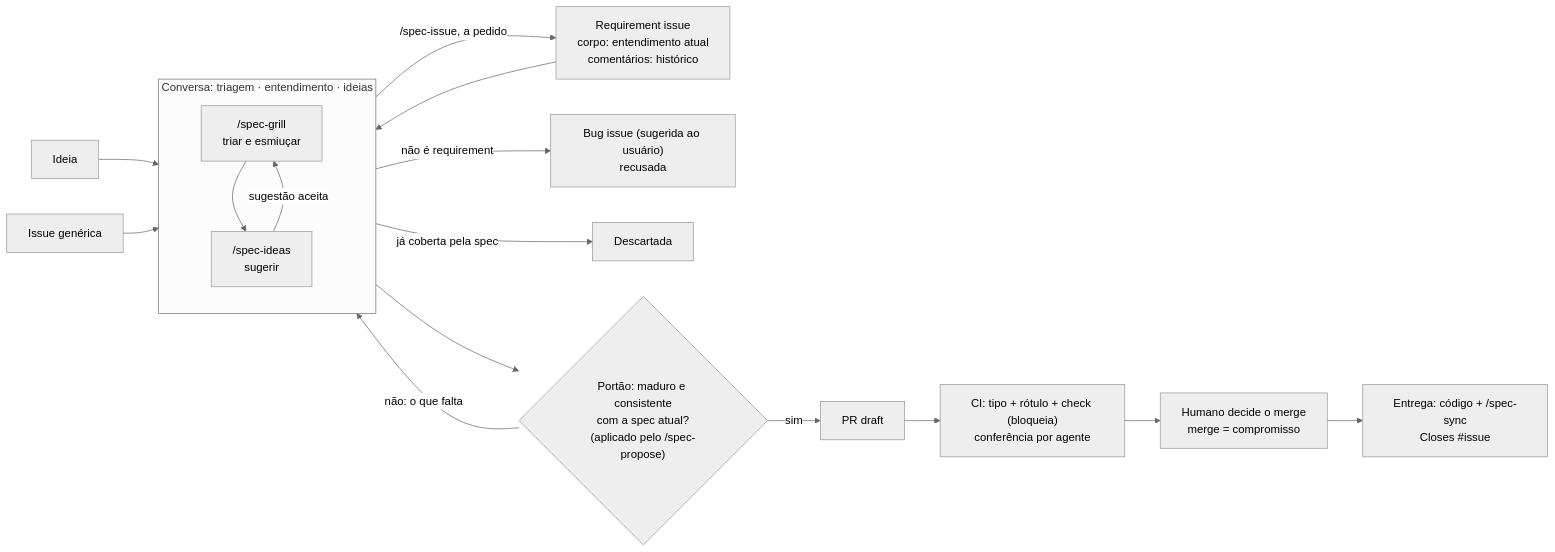
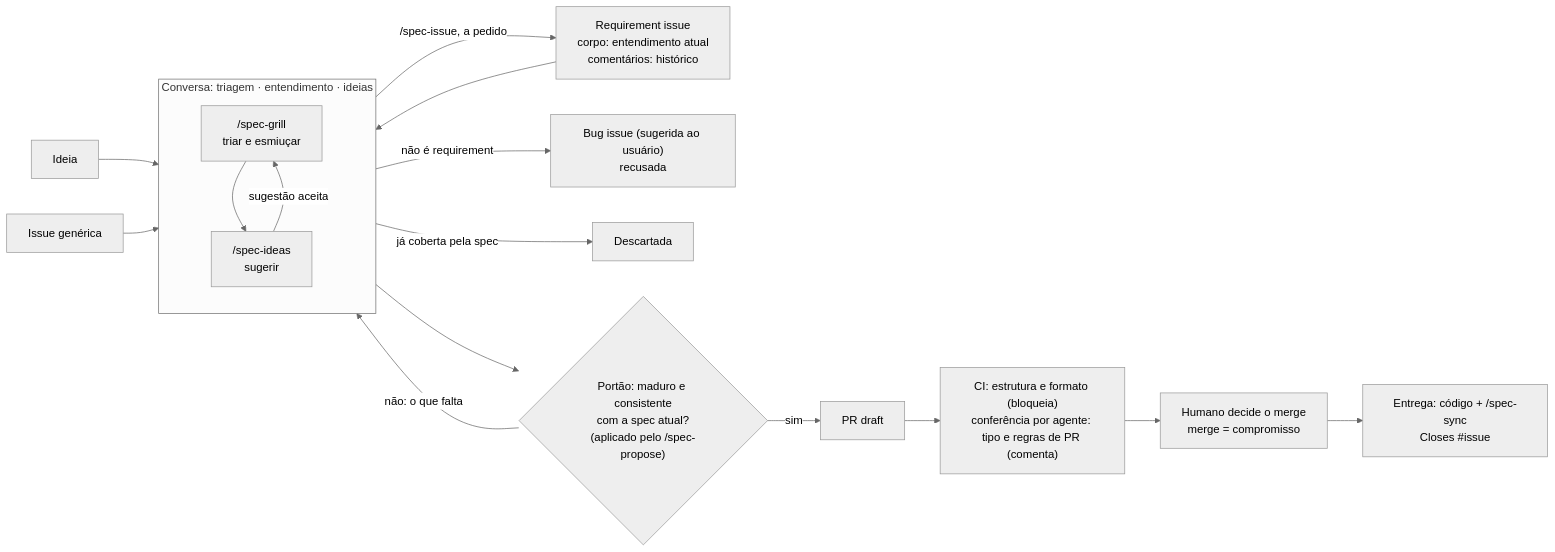
One commit to useful-toys/Tabularium changed the third of 4 diagrams in tabularium-docs/spec-flow.md. Above: the diagram before and after it, drawn with Mermaid (neutral theme). The commit also changed other lines of this file and 25 other files, not shown here.

Commit message:
Definição do tabularium: check do CI só de estrutura e formato, tipo julgado pela conferência (#24)

````diff
--- a/tabularium-docs/spec-flow.md
+++ b/tabularium-docs/spec-flow.md
@@ -212,17 +197,17 @@
 ```mermaid
 flowchart LR
   ID["Ideia"] --> C
   IS["Issue genérica"] --> C
   RI["Requirement issue<br/>corpo: entendimento atual<br/>comentários: histórico"] --> C
   subgraph C["Conversa: triagem · entendimento · ideias"]
     G1["/spec-grill<br/>triar e esmiuçar"] --> D["/spec-ideas<br/>sugerir"]
     D -- sugestão aceita --> G1
   end
   C -- "/spec-issue, a pedido" --> RI
   C -- "não é requirement" --> B["Bug issue (sugerida ao usuário)<br/>recusada"]
   C -- "já coberta pela spec" --> X["Descartada"]
   C --> G{"Portão: maduro e consistente<br/>com a spec atual?<br/>(aplicado pelo /spec-propose)"}
   G -- "não: o que falta" --> C
   G -- sim --> P["PR draft"]
-  P --> R["CI: tipo + rótulo + check (bloqueia)<br/>conferência por agente"] --> A["Humano decide o merge<br/>merge = compromisso"] --> E["Entrega: código + /spec-sync<br/>Closes #issue"]
+  P --> R["CI: estrutura e formato (bloqueia)<br/>conferência por agente: tipo e regras de PR (comenta)"] --> A["Humano decide o merge<br/>merge = compromisso"] --> E["Entrega: código + /spec-sync<br/>Closes #issue"]
 ```
````
